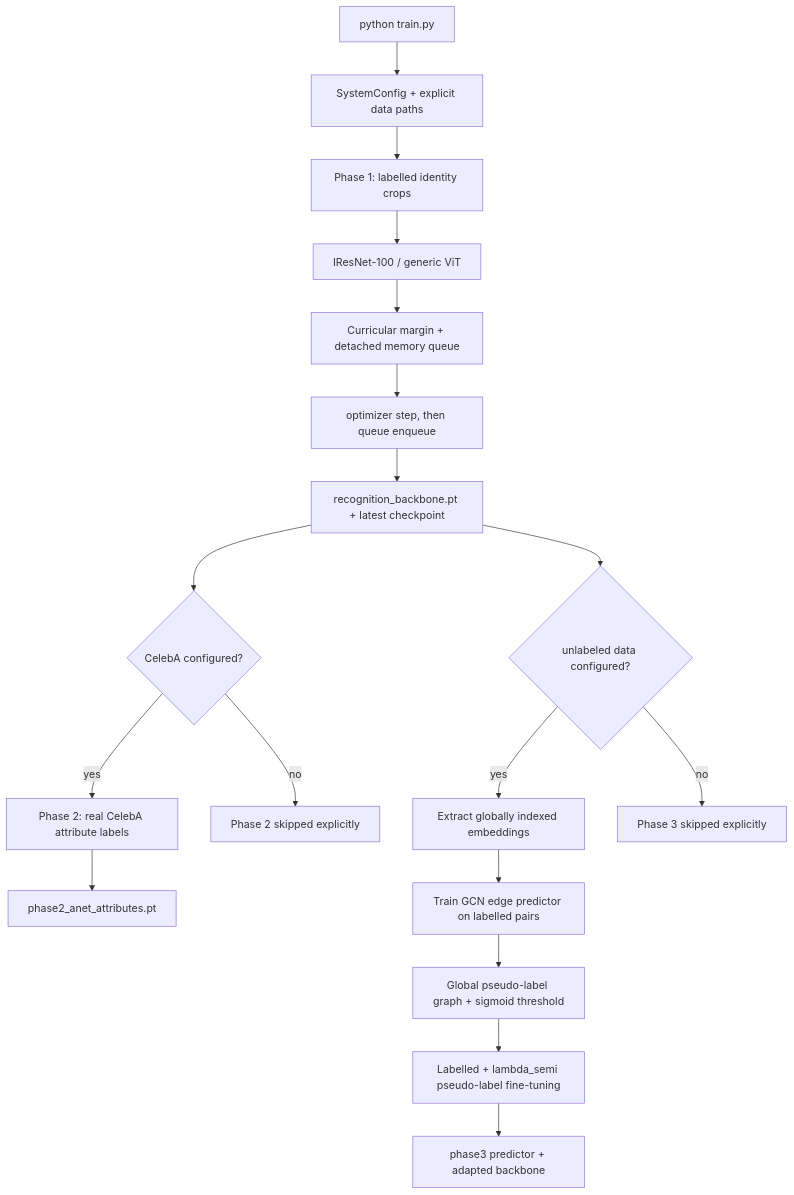
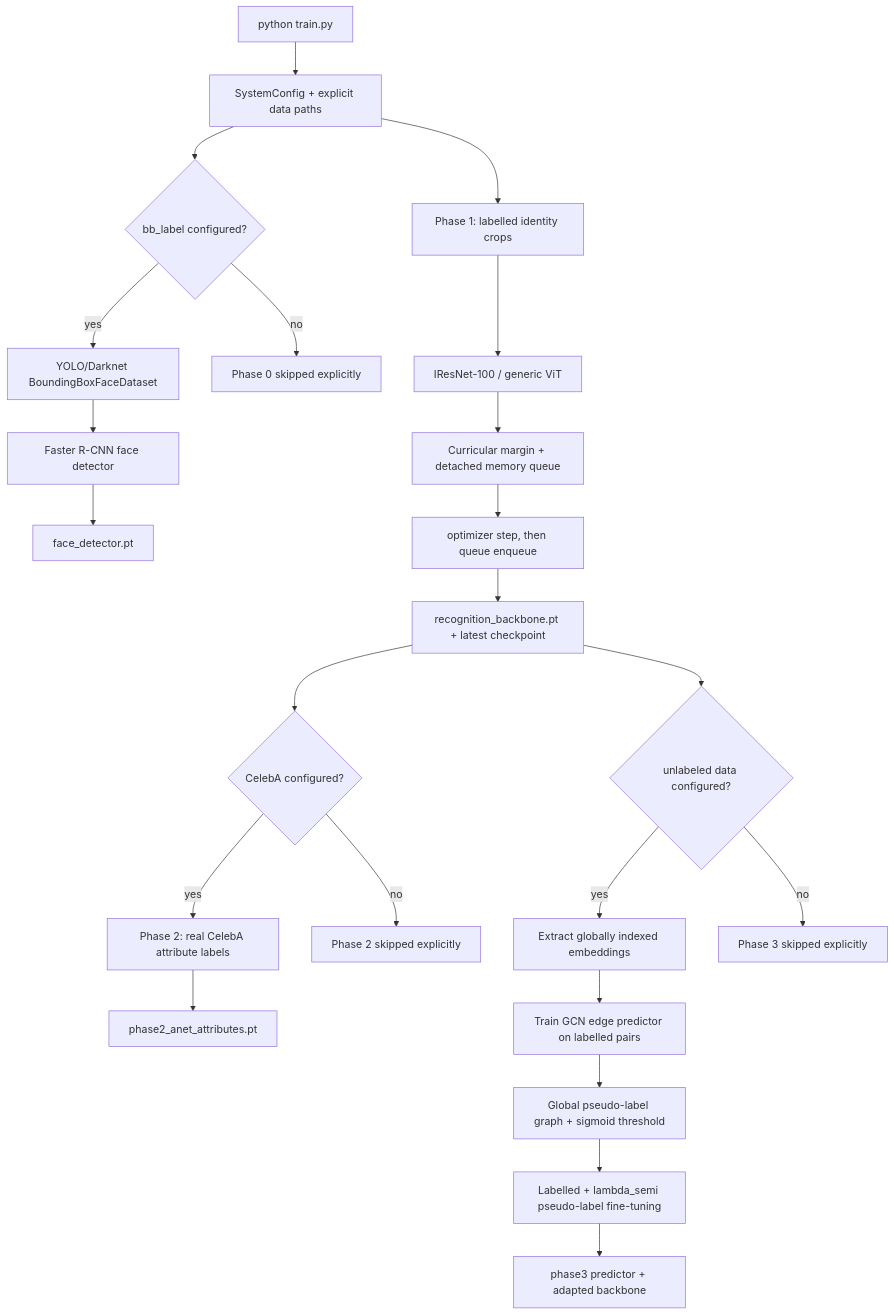
Before and after one commit to akshat-1/Face-Recognition-In-Wild: the diagram in train_execution_graph.md, drawn with Mermaid. The commit also changed other lines of this file and 8 other files, not shown here.

Commit message:
Bounding box dataset support addedddd

````diff
--- a/train_execution_graph.md
+++ b/train_execution_graph.md
@@ -6,22 +6,27 @@
 ```mermaid
 flowchart TD
     Main[python train.py] --> Config[SystemConfig + explicit data paths]
+    Config --> Phase0{bb_label configured?}
+    Phase0 -- yes --> DetectorData[YOLO/Darknet BoundingBoxFaceDataset]
+    DetectorData --> Detector[Faster R-CNN face detector]
+    Detector --> DetectorCkpt[face_detector.pt]
+    Phase0 -- no --> Skip0[Phase 0 skipped explicitly]
     Config --> Phase1[Phase 1: labelled identity crops]
     Phase1 --> Backbone[ IResNet-100 / generic ViT ]
     Backbone --> Loss[Curricular margin + detached memory queue]
     Loss --> Step[optimizer step, then queue enqueue]
     Step --> P1Ckpt[recognition_backbone.pt + latest checkpoint]
 
     P1Ckpt --> Phase2{CelebA configured?}
     Phase2 -- yes --> Attr[Phase 2: real CelebA attribute labels]
     Attr --> AttrCkpt[phase2_anet_attributes.pt]
     Phase2 -- no --> Skip2[Phase 2 skipped explicitly]
 
     P1Ckpt --> Phase3{unlabeled data configured?}
     Phase3 -- yes --> Emb[Extract globally indexed embeddings]
     Emb --> GCN[Train GCN edge predictor on labelled pairs]
     GCN --> Cluster[Global pseudo-label graph + sigmoid threshold]
     Cluster --> Joint[Labelled + lambda_semi pseudo-label fine-tuning]
     Joint --> P3Ckpt[phase3 predictor + adapted backbone]
     Phase3 -- no --> Skip3[Phase 3 skipped explicitly]
 ```
````
